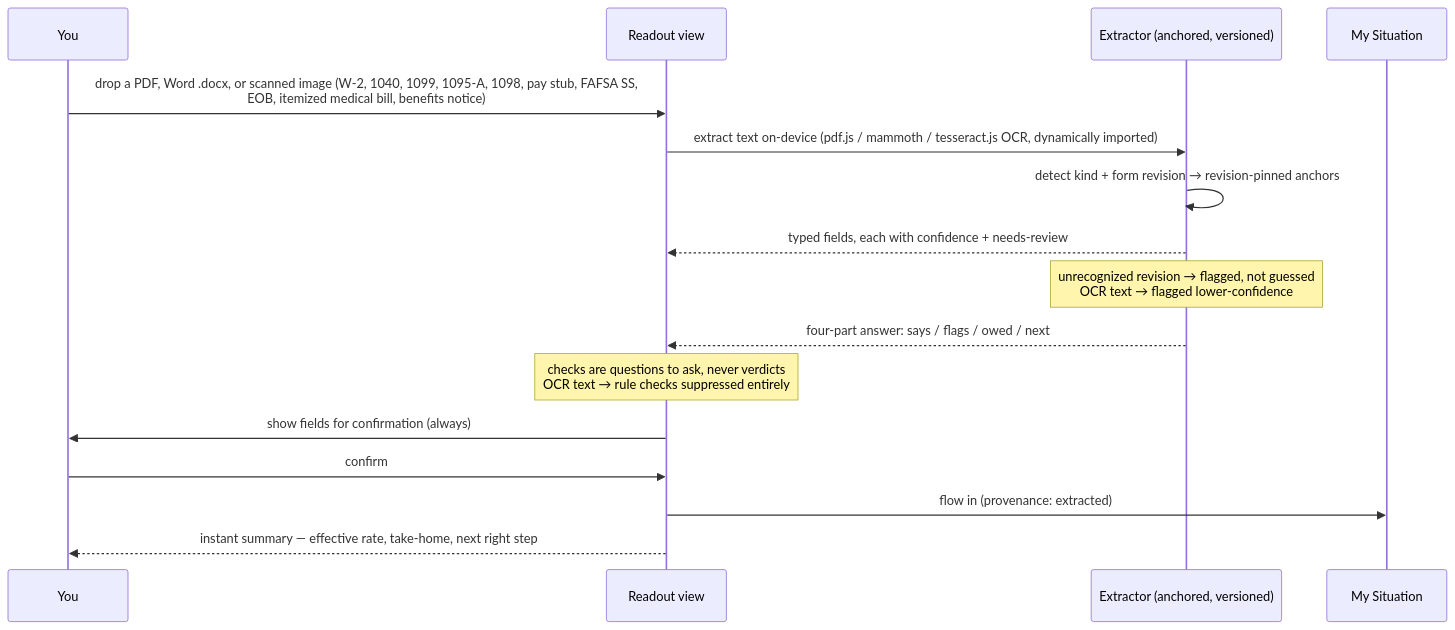
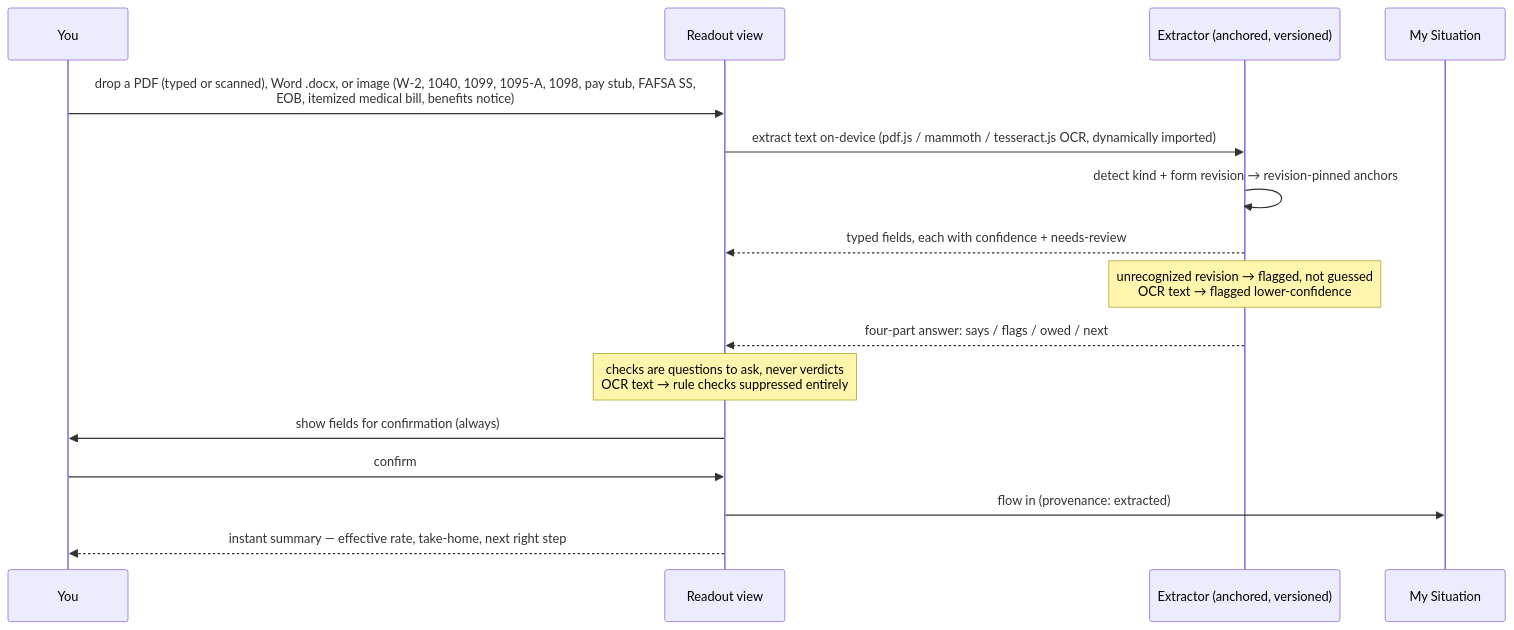
The sixth of 7 diagrams in README.md (clay-good/enklayve), drawn with Mermaid before and after one commit. The commit also changed other lines of this file and 4 other files, not shown here.

First line of the commit message:
feat(readout): read a scanned PDF instead of explaining why we cannot

````diff
--- a/README.md
+++ b/README.md
@@ -537,18 +537,18 @@
 ```mermaid
 sequenceDiagram
     participant U as You
     participant V as Readout view
     participant X as Extractor (anchored, versioned)
     participant P as My Situation
-    U->>V: drop a PDF, Word .docx, or scanned image (W-2, 1040, 1099, 1095-A, 1098, pay stub, FAFSA SS,<br/>EOB, itemized medical bill, benefits notice)
+    U->>V: drop a PDF (typed or scanned), Word .docx, or image (W-2, 1040, 1099, 1095-A, 1098, pay stub, FAFSA SS,<br/>EOB, itemized medical bill, benefits notice)
     V->>X: extract text on-device (pdf.js / mammoth / tesseract.js OCR, dynamically imported)
     X->>X: detect kind + form revision → revision-pinned anchors
     X-->>V: typed fields, each with confidence + needs-review
     Note over X: unrecognized revision → flagged, not guessed<br/>OCR text → flagged lower-confidence
     X-->>V: four-part answer: says / flags / owed / next
     Note over V: checks are questions to ask, never verdicts<br/>OCR text → rule checks suppressed entirely
     V->>U: show fields for confirmation (always)
     U->>V: confirm
     V->>P: flow in (provenance: extracted)
     V-->>U: instant summary — effective rate, take-home, next right step
 ```
````
